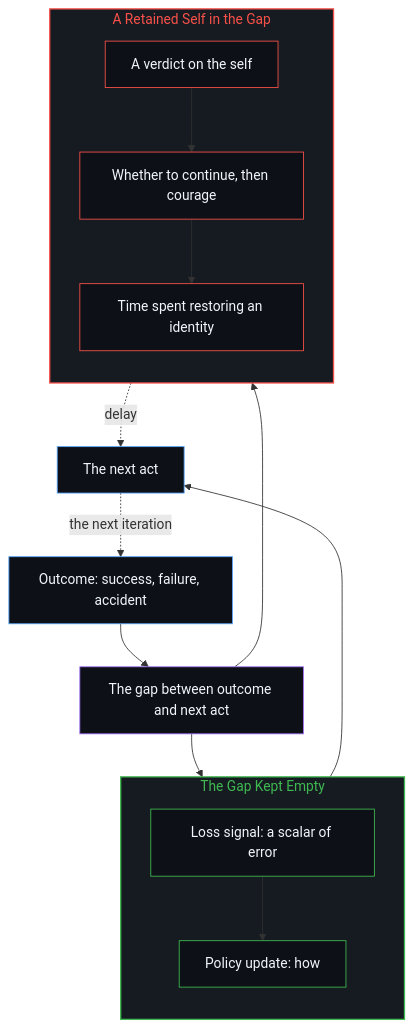
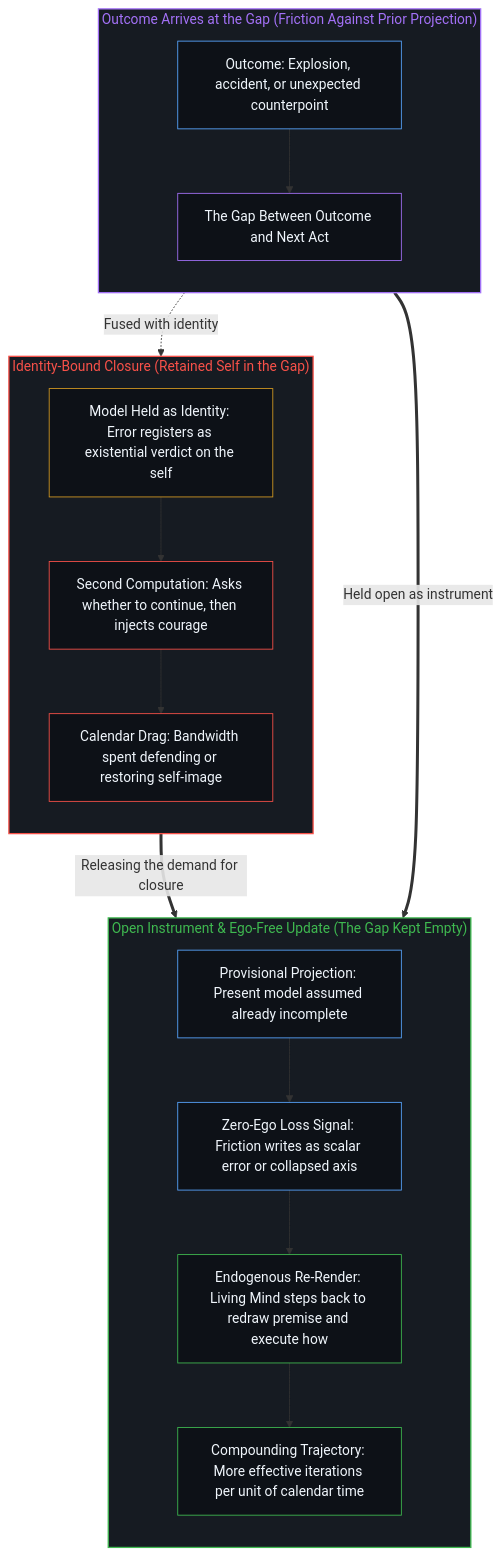
One commit to powerpig99/not-a-toe changed the second of 2 diagrams in content/posts/failure-as-information.md. Above: the diagram before and after it, drawn with Mermaid. The commit also changed other lines of this file and 1 other file, not shown here.

Commit message:
Refine failure-as-information (Wave 3 L2 #123: weave beyond-the-projection)

````diff
--- a/content/posts/failure-as-information.md
+++ b/content/posts/failure-as-information.md
@@ -56,32 +77,43 @@
 ```mermaid
 flowchart TD
-    O["Outcome: success, failure, accident"]
-    G["The gap between outcome and next act"]
-    subgraph S_Empty["The Gap Kept Empty"]
+    subgraph S_Signal["Outcome Arrives at the Gap (Friction Against Prior Projection)"]
         direction TB
-        E1["Loss signal: a scalar of error"]
-        E2["Policy update: how"]
+        Out["Outcome: Explosion, accident, or unexpected counterpoint"]
+        Gap["The Gap Between Outcome and Next Act"]
+        Out --> Gap
     end
-    subgraph S_Held["A Retained Self in the Gap"]
+
+    subgraph S_Verdict["Identity-Bound Closure (Retained Self in the Gap)"]
         direction TB
-        H1["A verdict on the self"]
-        H2["Whether to continue, then courage"]
-        H3["Time spent restoring an identity"]
+        V_Ground["Model Held as Identity: Error registers as existential verdict on the self"]
+        V_Second["Second Computation: Asks whether to continue, then injects courage"]
+        V_Delay["Calendar Drag: Bandwidth spent defending or restoring self-image"]
+        V_Ground --> V_Second --> V_Delay
     end
-    N["The next act"]
-    O --> G
-    G --> E1 --> E2 --> N
-    G --> H1 --> H2 --> H3
-    H3 -.->|"delay"| N
-    N -.->|"the next iteration"| O
-    style S_Empty fill:#161b22,stroke:#3fb950,stroke-width:1.5px,color:#3fb950
-    style S_Held fill:#161b22,stroke:#f85149,stroke-width:1.5px,color:#f85149
-    style O fill:#0d1117,stroke:#58a6ff,stroke-width:1px,color:#f0f6fc
-    style G fill:#0d1117,stroke:#a371f7,stroke-width:1px,color:#f0f6fc
-    style E1 fill:#0d1117,stroke:#3fb950,stroke-width:1px,color:#f0f6fc
-    style E2 fill:#0d1117,stroke:#3fb950,stroke-width:1px,color:#f0f6fc
-    style H1 fill:#0d1117,stroke:#f85149,stroke-width:1px,color:#f0f6fc
-    style H2 fill:#0d1117,stroke:#f85149,stroke-width:1px,color:#f0f6fc
-    style H3 fill:#0d1117,stroke:#f85149,stroke-width:1px,color:#f0f6fc
-    style N fill:#0d1117,stroke:#58a6ff,stroke-width:1px,color:#f0f6fc
+
+    subgraph S_Info["Open Instrument & Ego-Free Update (The Gap Kept Empty)"]
+        direction TB
+        I_Prior["Provisional Projection: Present model assumed already incomplete"]
+        I_Scalar["Zero-Ego Loss Signal: Friction writes as scalar error or collapsed axis"]
+        I_Step["Endogenous Re-Render: Living Mind steps back to redraw premise and execute how"]
+        I_Comp["Compounding Trajectory: More effective iterations per unit of calendar time"]
+        I_Prior --> I_Scalar --> I_Step --> I_Comp
+    end
+
+    Gap -.->|"Fused with identity"| V_Ground
+    Gap ==>|"Held open as instrument"| I_Prior
+    V_Delay ==>|"Releasing the demand for closure"| I_Scalar
+
+    style S_Signal fill:#161b22,stroke:#a371f7,stroke-width:1.5px,color:#a371f7
+    style S_Verdict fill:#161b22,stroke:#f85149,stroke-width:1.5px,color:#f85149
+    style S_Info fill:#161b22,stroke:#3fb950,stroke-width:1.5px,color:#3fb950
+    style Out fill:#0d1117,stroke:#58a6ff,stroke-width:1px,color:#f0f6fc
+    style Gap fill:#0d1117,stroke:#a371f7,stroke-width:1px,color:#f0f6fc
+    style V_Ground fill:#0d1117,stroke:#d29922,stroke-width:1px,color:#f0f6fc
+    style V_Second fill:#0d1117,stroke:#f85149,stroke-width:1px,color:#f0f6fc
+    style V_Delay fill:#0d1117,stroke:#f85149,stroke-width:1px,color:#f0f6fc
+    style I_Prior fill:#0d1117,stroke:#58a6ff,stroke-width:1px,color:#f0f6fc
+    style I_Scalar fill:#0d1117,stroke:#58a6ff,stroke-width:1px,color:#f0f6fc
+    style I_Step fill:#0d1117,stroke:#3fb950,stroke-width:1px,color:#f0f6fc
+    style I_Comp fill:#0d1117,stroke:#3fb950,stroke-width:1px,color:#f0f6fc
 ```
````
